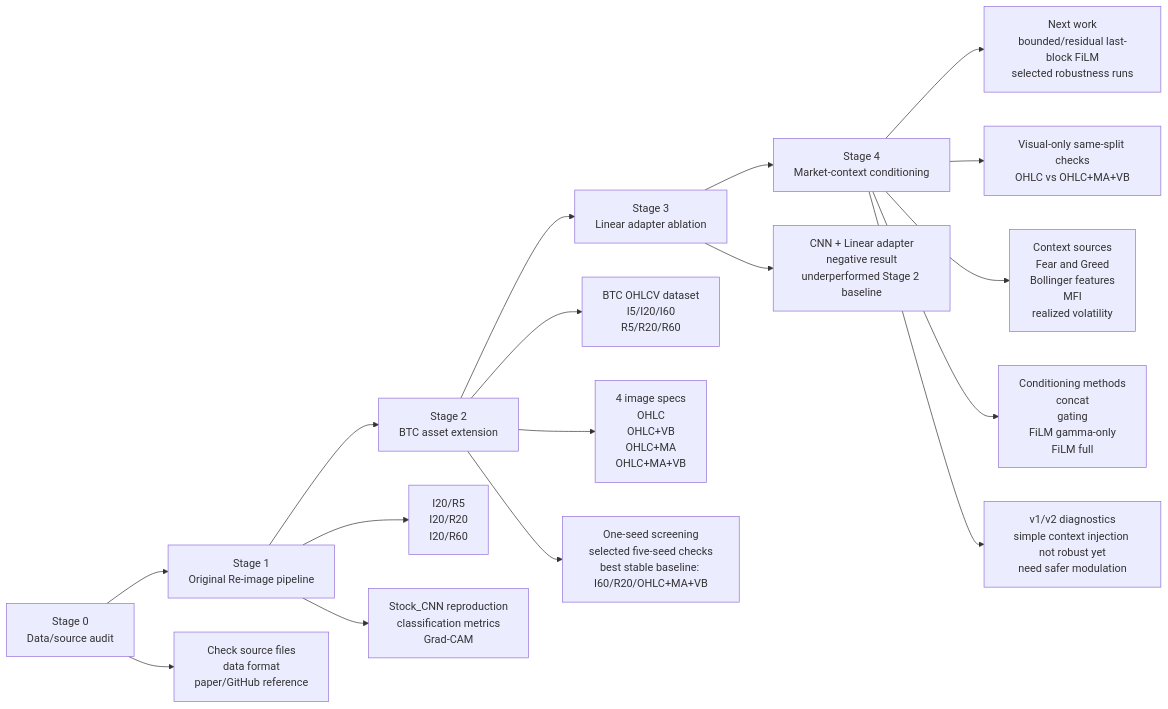
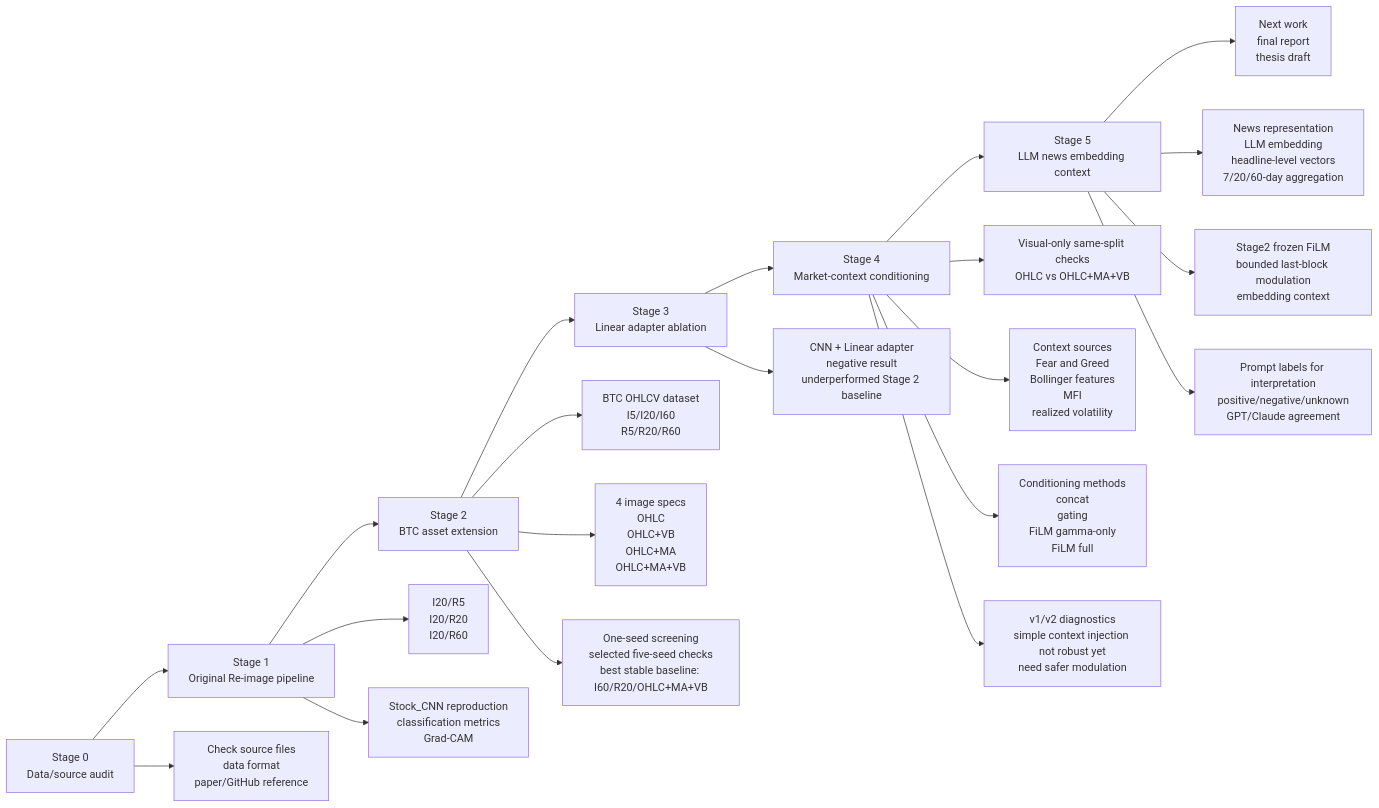
Before and after one commit to Jaehyeon-Jeong/Thesis: the first of 2 diagrams in docs/overall_pipeline_diagram.md, drawn with Mermaid. The commit also changed other lines of this file and 52 other files, not shown here.

````diff
--- a/docs/overall_pipeline_diagram.md
+++ b/docs/overall_pipeline_diagram.md
@@ -7,27 +7,32 @@
 ```mermaid
 flowchart LR
     S0[Stage 0<br/>Data/source audit]
     S1[Stage 1<br/>Original Re-image pipeline]
     S2[Stage 2<br/>BTC asset extension]
     S3[Stage 3<br/>Linear adapter ablation]
     S4[Stage 4<br/>Market-context conditioning]
-    NEXT[Next work<br/>bounded/residual last-block FiLM<br/>selected robustness runs]
+    S5[Stage 5<br/>LLM news embedding context]
+    NEXT[Next work<br/>final report<br/>thesis draft]
 
-    S0 --> S1 --> S2 --> S3 --> S4 --> NEXT
+    S0 --> S1 --> S2 --> S3 --> S4 --> S5 --> NEXT
 
     S0 --> S0A[Check source files<br/>data format<br/>paper/GitHub reference]
 
     S1 --> S1A[I20/R5<br/>I20/R20<br/>I20/R60]
     S1 --> S1B[Stock_CNN reproduction<br/>classification metrics<br/>Grad-CAM]
 
     S2 --> S2A[BTC OHLCV dataset<br/>I5/I20/I60<br/>R5/R20/R60]
     S2 --> S2B[4 image specs<br/>OHLC<br/>OHLC+VB<br/>OHLC+MA<br/>OHLC+MA+VB]
     S2 --> S2C[One-seed screening<br/>selected five-seed checks<br/>best stable baseline: I60/R20/OHLC+MA+VB]
 
     S3 --> S3A[CNN + Linear adapter<br/>negative result<br/>underperformed Stage 2 baseline]
 
     S4 --> S4A[Visual-only same-split checks<br/>OHLC vs OHLC+MA+VB]
     S4 --> S4B[Context sources<br/>Fear and Greed<br/>Bollinger features<br/>MFI<br/>realized volatility]
     S4 --> S4C[Conditioning methods<br/>concat<br/>gating<br/>FiLM gamma-only<br/>FiLM full]
     S4 --> S4D[v1/v2 diagnostics<br/>simple context injection not robust yet<br/>need safer modulation]
+
+    S5 --> S5A[News representation<br/>LLM embedding<br/>headline-level vectors<br/>7/20/60-day aggregation]
+    S5 --> S5B[Stage2 frozen FiLM<br/>bounded last-block modulation<br/>embedding context]
+    S5 --> S5C[Prompt labels for interpretation<br/>positive/negative/unknown<br/>GPT/Claude agreement]
 ```
````
